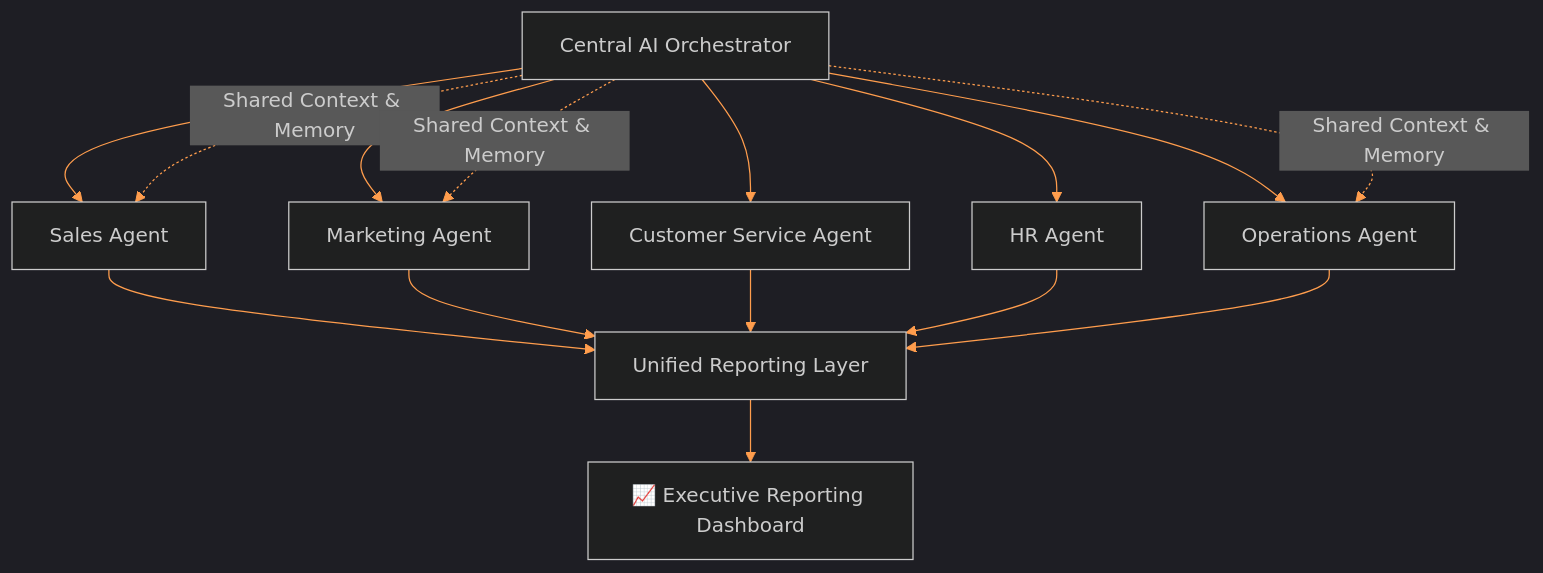
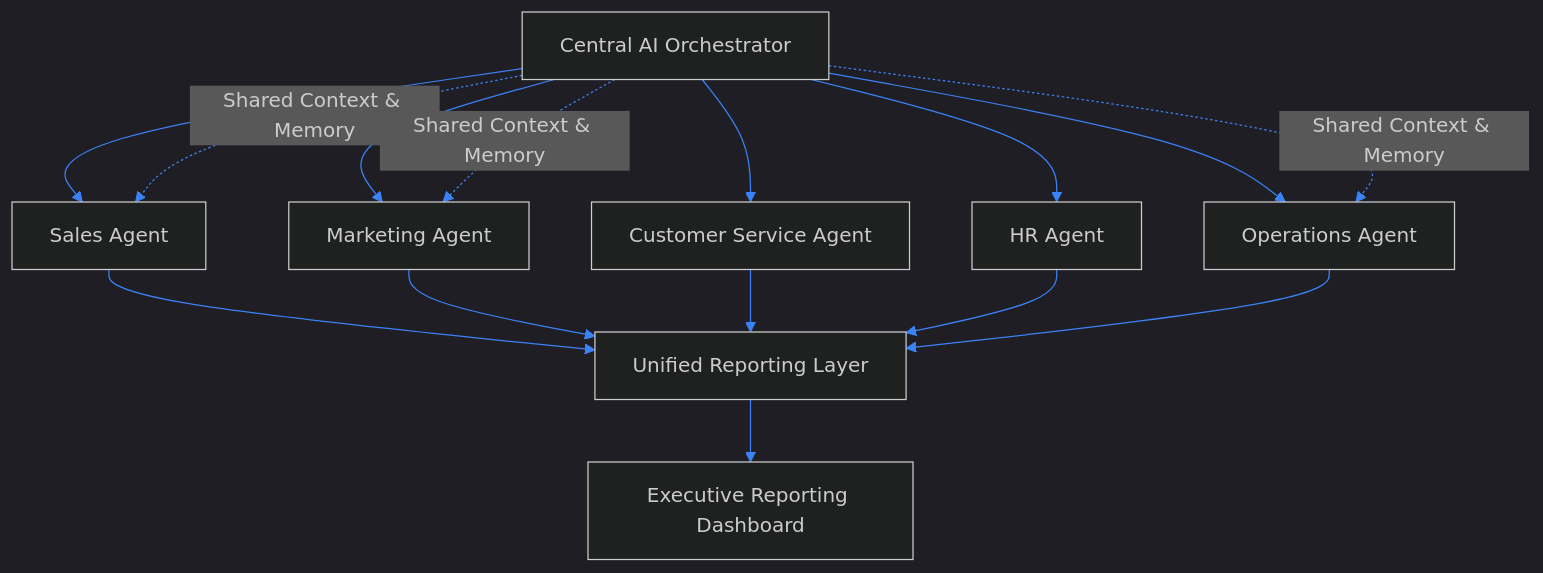
Before and after one commit to mohammedsohail7790/mohammedsohail7790: the third of 5 diagrams in README.md, drawn with Mermaid. The commit also changed other lines of this file, not shown here.

````diff
--- a/README.md
+++ b/README.md
@@ -149,18 +159,18 @@
 ```mermaid
-%%{init: {'theme':'dark', 'themeVariables': {'primaryColor':'#12141c','primaryTextColor':'#e8e8e8','primaryBorderColor':'#ff9d4d','lineColor':'#ff9d4d'}}}%%
+%%{init: {'theme':'dark', 'themeVariables': {'primaryColor':'#0A0E17','primaryTextColor':'#E5E7EB','primaryBorderColor':'#3B82F6','lineColor':'#3B82F6'}}}%%
 flowchart TD
     O[Central AI Orchestrator] --> S[Sales Agent]
     O --> M[Marketing Agent]
     O --> C[Customer Service Agent]
     O --> H[HR Agent]
     O --> P[Operations Agent]
     S --> R[Unified Reporting Layer]
     M --> R
     C --> R
     H --> R
     P --> R
-    R --> E[📈 Executive Reporting Dashboard]
+    R --> E[Executive Reporting Dashboard]
     O -.->|Shared Context & Memory| S
     O -.->|Shared Context & Memory| M
     O -.->|Shared Context & Memory| P
 ```
````
